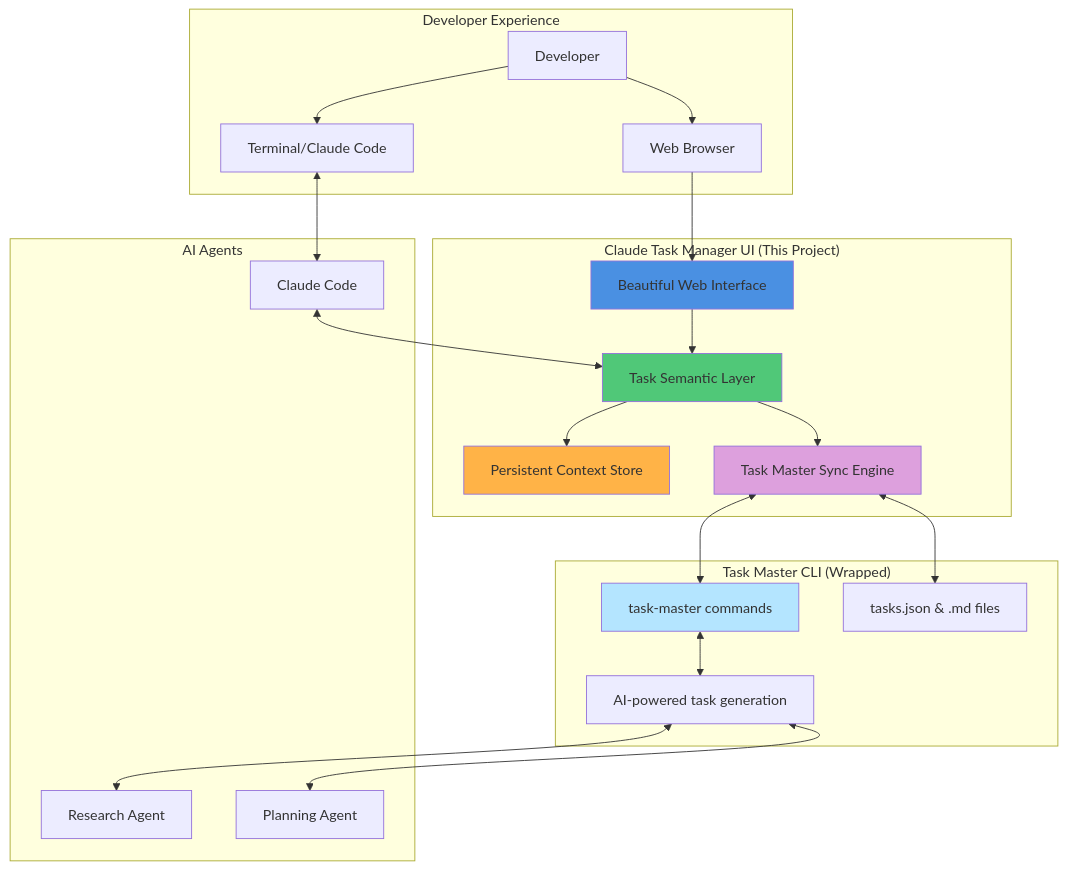
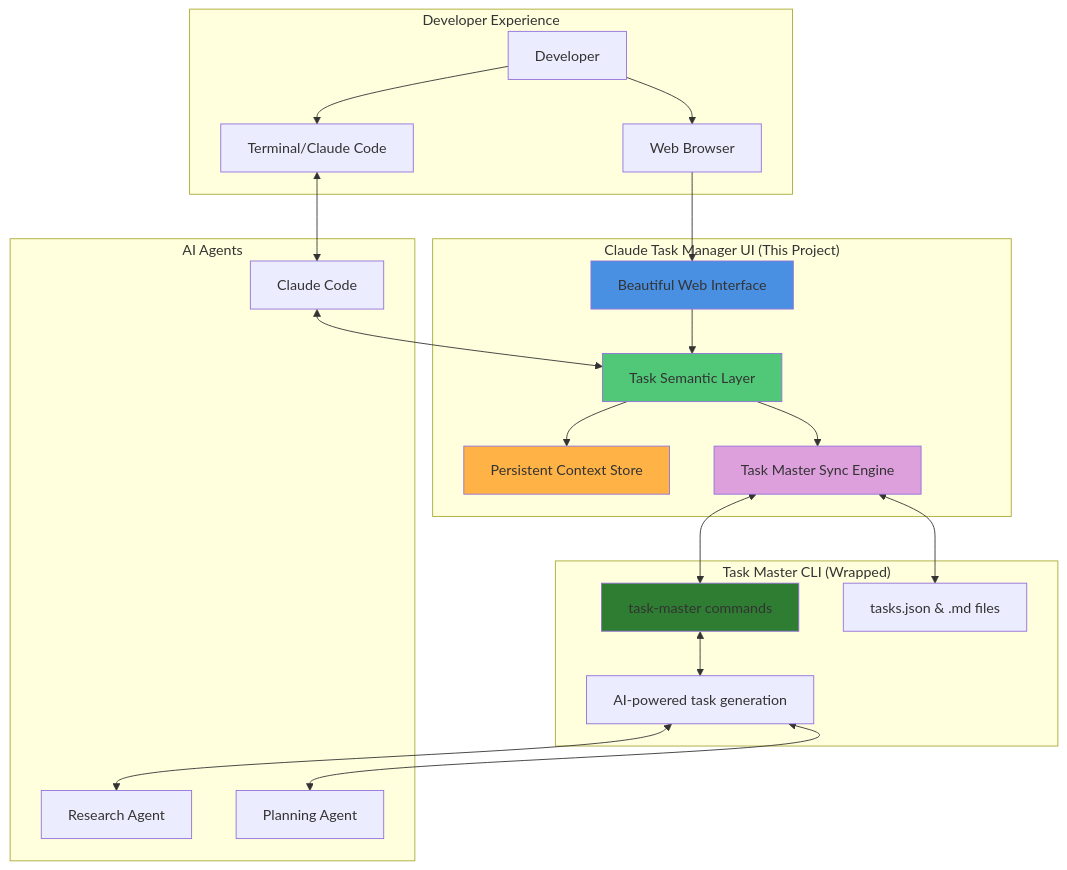
The first of 9 diagrams in .taskmaster/docs/diagrams.md (vibehat/claude-task-manager), drawn with Mermaid before and after one commit. The commit also changed 1 other file, not shown here.

Commit message:
chore(docs): adding diagrams to readme

````diff
--- a/.taskmaster/docs/diagrams.md
+++ b/.taskmaster/docs/diagrams.md
@@ -9,50 +9,50 @@
 ```mermaid
 graph TB
     subgraph "Claude Task Manager UI (This Project)"
         UI[Beautiful Web Interface]
         TSL[Task Semantic Layer]
         PC[Persistent Context Store]
         SYNC[Task Master Sync Engine]
     end
 
     subgraph "Task Master CLI (Wrapped)"
         TM_CLI[task-master commands]
         TM_DATA[tasks.json & .md files]
         TM_AI[AI-powered task generation]
     end
 
     subgraph "AI Agents"
         CC[Claude Code]
         RA[Research Agent]
         PA[Planning Agent]
     end
 
     subgraph "Developer Experience"
         DEV[Developer]
         BROWSER[Web Browser]
         TERMINAL[Terminal/Claude Code]
     end
 
     DEV --> BROWSER
     BROWSER --> UI
     UI --> TSL
     TSL --> PC
     TSL --> SYNC
 
     SYNC <--> TM_CLI
     SYNC <--> TM_DATA
     TM_CLI <--> TM_AI
 
     DEV --> TERMINAL
     TERMINAL <--> CC
     CC <--> TSL
 
     TM_AI <--> RA
     TM_AI <--> PA
 
     style UI fill:#4A90E2
     style TSL fill:#50C878
     style PC fill:#FFB347
     style SYNC fill:#DDA0DD
-    style TM_CLI fill:#B4E5FF
+    style TM_CLI fill:#2E7D32
 ```
````
